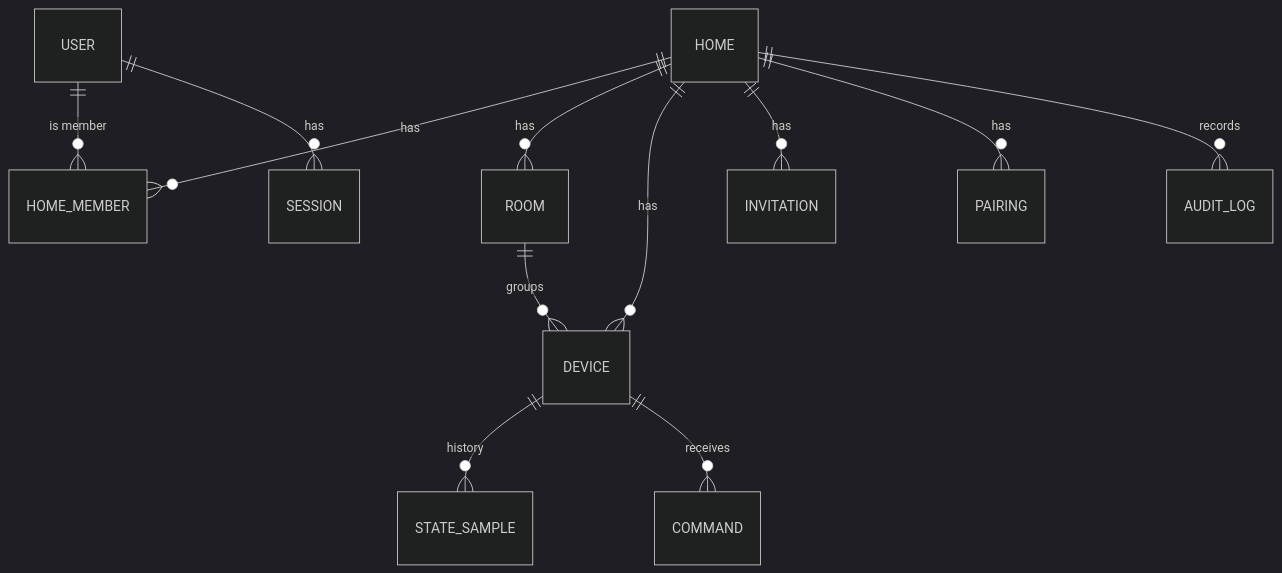
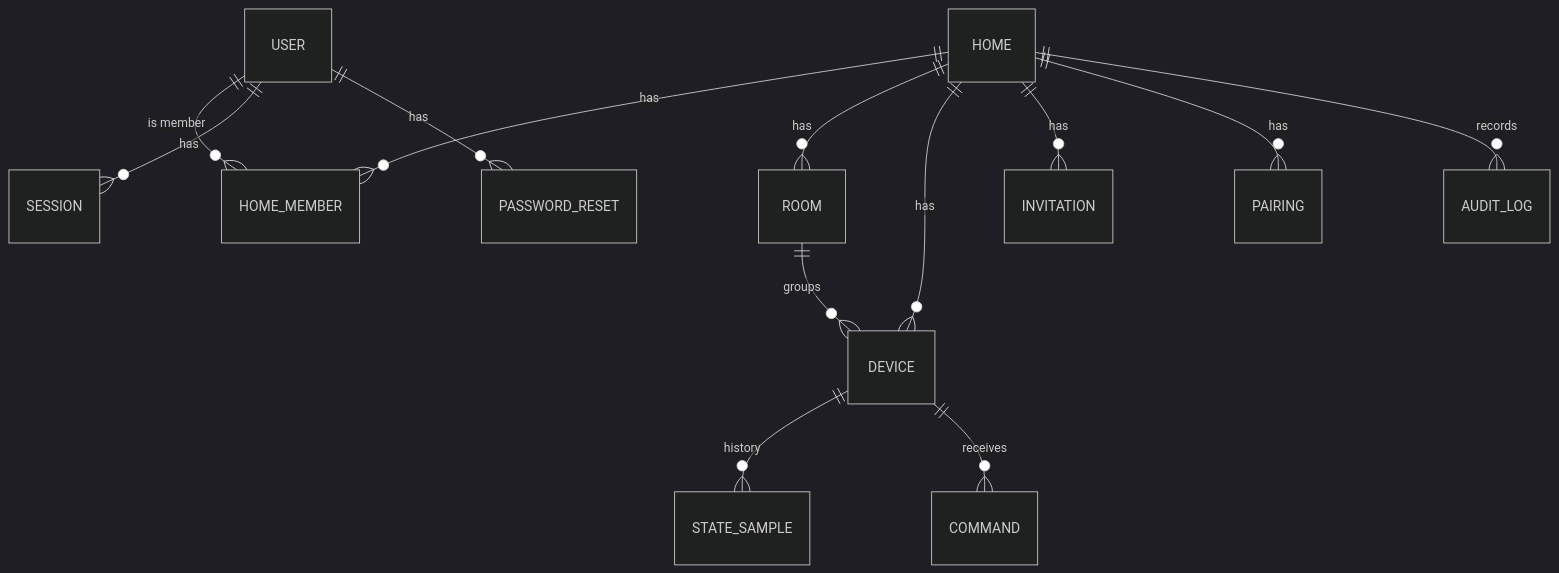
Before and after one commit to tihomirov/ola-home: the second of 6 diagrams in docs/spec/server.md, drawn with Mermaid (dark theme). The commit also changed other lines of this file and 4 other files, not shown here.

````diff
--- a/docs/spec/server.md
+++ b/docs/spec/server.md
@@ -93,14 +93,15 @@
 ```mermaid
 erDiagram
   USER ||--o{ HOME_MEMBER : "is member"
   HOME ||--o{ HOME_MEMBER : has
   HOME ||--o{ ROOM : has
   HOME ||--o{ DEVICE : has
   ROOM ||--o{ DEVICE : groups
   HOME ||--o{ INVITATION : has
   HOME ||--o{ PAIRING : has
   DEVICE ||--o{ STATE_SAMPLE : history
   DEVICE ||--o{ COMMAND : receives
   USER ||--o{ SESSION : has
+  USER ||--o{ PASSWORD_RESET : has
   HOME ||--o{ AUDIT_LOG : records
 ```
````
